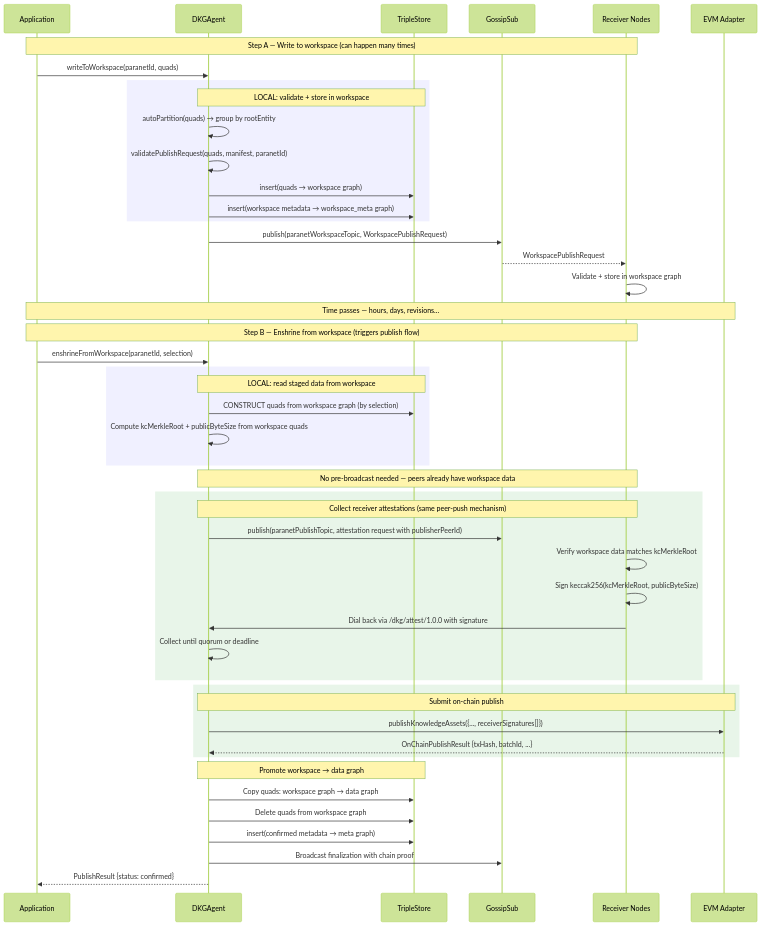
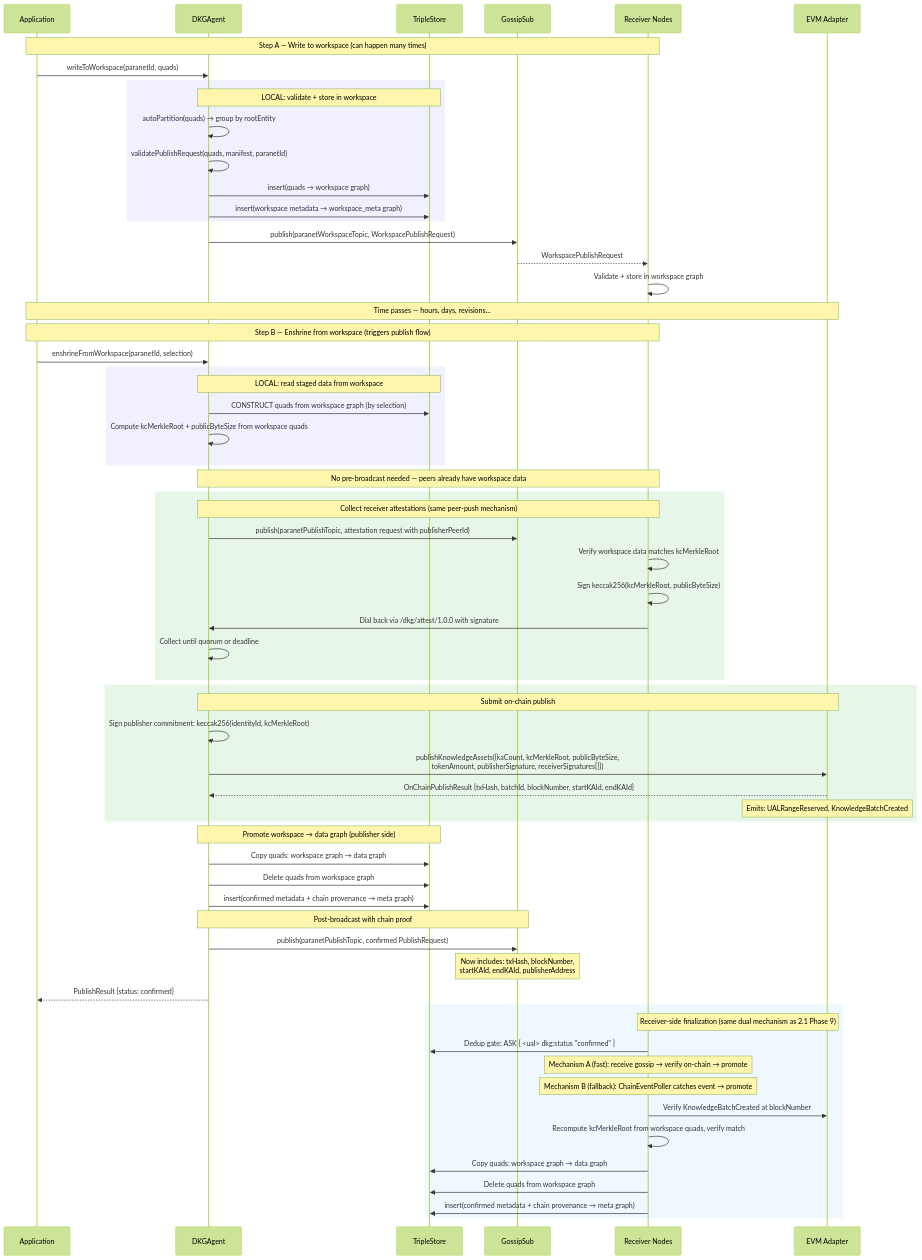
The third of 15 diagrams in docs/v9-protocol-operations.md (OriginTrail/dkg-v9), drawn with Mermaid (forest theme) before and after one commit. The commit also changed other lines of this file, not shown here.

````diff
--- a/docs/v9-protocol-operations.md
+++ b/docs/v9-protocol-operations.md
@@ -248,62 +258,79 @@
 ```mermaid
 sequenceDiagram
     participant App as Application
     participant Agent as DKGAgent
     participant Store as TripleStore
     participant GS as GossipSub
     participant Peers as Receiver Nodes
     participant Chain as EVM Adapter
 
     Note over App,Peers: Step A — Write to workspace (can happen many times)
 
     App->>Agent: writeToWorkspace(paranetId, quads)
 
     rect rgb(240, 240, 255)
         Note over Agent,Store: LOCAL: validate + store in workspace
         Agent->>Agent: autoPartition(quads) → group by rootEntity
         Agent->>Agent: validatePublishRequest(quads, manifest, paranetId)
         Agent->>Store: insert(quads → workspace graph)
         Agent->>Store: insert(workspace metadata → workspace_meta graph)
     end
 
     Agent->>GS: publish(paranetWorkspaceTopic, WorkspacePublishRequest)
     GS-->>Peers: WorkspacePublishRequest
     Peers->>Peers: Validate + store in workspace graph
 
     Note over App,Chain: Time passes — hours, days, revisions...
 
     Note over App,Peers: Step B — Enshrine from workspace (triggers publish flow)
 
     App->>Agent: enshrineFromWorkspace(paranetId, selection)
 
     rect rgb(240, 240, 255)
         Note over Agent,Store: LOCAL: read staged data from workspace
         Agent->>Store: CONSTRUCT quads from workspace graph (by selection)
         Agent->>Agent: Compute kcMerkleRoot + publicByteSize from workspace quads
     end
 
     Note over Agent,Peers: No pre-broadcast needed — peers already have workspace data
 
     rect rgb(232, 245, 233)
         Note over Agent,Peers: Collect receiver attestations (same peer-push mechanism)
         Agent->>GS: publish(paranetPublishTopic, attestation request with publisherPeerId)
         Peers->>Peers: Verify workspace data matches kcMerkleRoot
         Peers->>Peers: Sign keccak256(kcMerkleRoot, publicByteSize)
         Peers->>Agent: Dial back via /dkg/attest/1.0.0 with signature
         Agent->>Agent: Collect until quorum or deadline
     end
 
     rect rgb(232, 245, 233)
         Note over Agent,Chain: Submit on-chain publish
-        Agent->>Chain: publishKnowledgeAssets({..., receiverSignatures[]})
-        Chain-->>Agent: OnChainPublishResult {txHash, batchId, ...}
+        Agent->>Agent: Sign publisher commitment: keccak256(identityId, kcMerkleRoot)
+        Agent->>Chain: publishKnowledgeAssets({kaCount, kcMerkleRoot, publicByteSize,<br/>tokenAmount, publisherSignature, receiverSignatures[]})
+        Chain-->>Agent: OnChainPublishResult {txHash, batchId, blockNumber, startKAId, endKAId}
+        Note over Chain: Emits: UALRangeReserved, KnowledgeBatchCreated
     end
 
-    Note over Agent,Store: Promote workspace → data graph
+    Note over Agent,Store: Promote workspace → data graph (publisher side)
     Agent->>Store: Copy quads: workspace graph → data graph
     Agent->>Store: Delete quads from workspace graph
-    Agent->>Store: insert(confirmed metadata → meta graph)
+    Agent->>Store: insert(confirmed metadata + chain provenance → meta graph)
 
-    Agent->>GS: Broadcast finalization with chain proof
+    Note over Agent,GS: Post-broadcast with chain proof
+    Agent->>GS: publish(paranetPublishTopic, confirmed PublishRequest)
+    Note over GS: Now includes: txHash, blockNumber,<br/>startKAId, endKAId, publisherAddress
     Agent-->>App: PublishResult {status: confirmed}
+
+    rect rgb(240, 248, 255)
+        Note over Peers,Chain: Receiver-side finalization (same dual mechanism as 2.1 Phase 9)
+
+        Peers->>Store: Dedup gate: ASK { <ual> dkg:status "confirmed" }
+        Note over Peers: Mechanism A (fast): receive gossip → verify on-chain → promote
+        Note over Peers: Mechanism B (fallback): ChainEventPoller catches event → promote
+        Peers->>Chain: Verify KnowledgeBatchCreated at blockNumber
+        Peers->>Peers: Recompute kcMerkleRoot from workspace quads, verify match
+        Peers->>Store: Copy quads: workspace graph → data graph
+        Peers->>Store: Delete quads from workspace graph
+        Peers->>Store: insert(confirmed metadata + chain provenance → meta graph)
+    end
 ```
````
